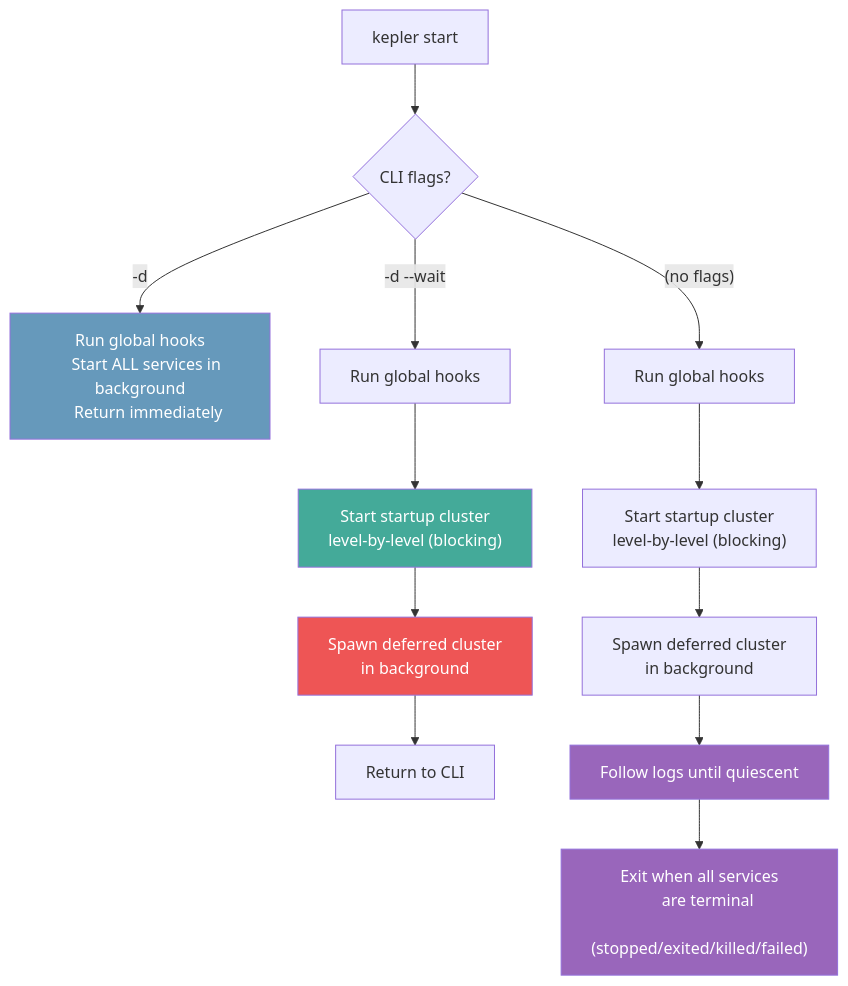
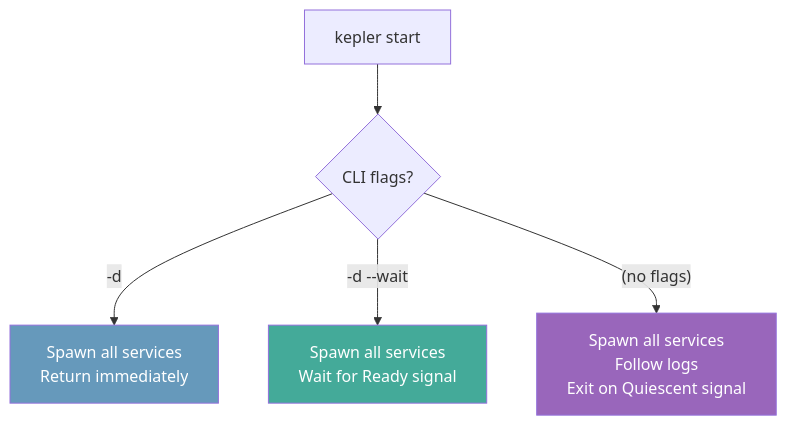
The seventh of 9 diagrams in docs/architecture.md (maleus-ai/kepler), drawn with Mermaid before and after one commit. The commit also changed other lines of this file and 33 other files, not shown here.

````diff
--- a/docs/architecture.md
+++ b/docs/architecture.md
@@ -574,28 +350,15 @@
 ```mermaid
 flowchart TD
     Start["kepler start"] --> Mode{"CLI flags?"}
-    Mode -->|"-d"| Detached["Run global hooks
-    Start ALL services in background
+    Mode -->|"-d"| Detached["Spawn all services
     Return immediately"]
-    Mode -->|"-d --wait"| WS["Run global hooks"]
-    WS --> StartupCluster["Start startup cluster
-    level-by-level (blocking)"]
-    StartupCluster --> DeferredCluster["Spawn deferred cluster
-    in background"]
-    DeferredCluster --> Return["Return to CLI"]
-    Mode -->|"(no flags)"| FG["Run global hooks"]
-    FG --> FGStartup["Start startup cluster
-    level-by-level (blocking)"]
-    FGStartup --> FGDeferred["Spawn deferred cluster
-    in background"]
-    FGDeferred --> FGLogs["Follow logs until quiescent"]
-    FGLogs --> FGExit["Exit when all services
-    are terminal
-    (stopped/exited/killed/failed)"]
+    Mode -->|"-d --wait"| Wait["Spawn all services
+    Wait for Ready signal"]
+    Mode -->|"(no flags)"| FG["Spawn all services
+    Follow logs
+    Exit on Quiescent signal"]
 
     style Detached fill:#69b,color:#fff
-    style StartupCluster fill:#4a9,color:#fff
-    style DeferredCluster fill:#e55,color:#fff
-    style FGLogs fill:#96b,color:#fff
-    style FGExit fill:#96b,color:#fff
+    style Wait fill:#4a9,color:#fff
+    style FG fill:#96b,color:#fff
 ```
````
